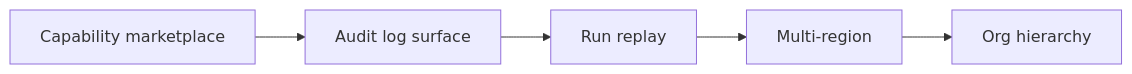
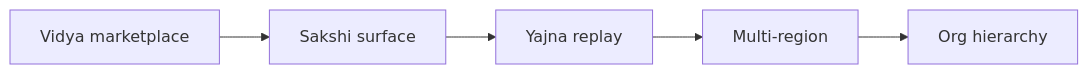
One commit to so-weak/Aakaar changed the fifth of 5 diagrams in documentation/src/05-Roadmap.md. Above: the diagram before and after it, drawn with Mermaid. The commit also changed other lines of this file and 56 other files, not shown here.

````diff
--- a/documentation/src/05-Roadmap.md
+++ b/documentation/src/05-Roadmap.md
@@ -185,7 +185,7 @@
 ```mermaid
 flowchart LR
-  P3A["Capability marketplace"] --> P3B["Audit log surface"]
-  P3B --> P3C["Run replay"]
+  P3A["Vidya marketplace"] --> P3B["Sakshi surface"]
+  P3B --> P3C["Yajna replay"]
   P3C --> P3D["Multi-region"]
   P3D --> P3E["Org hierarchy"]
 ```
````
